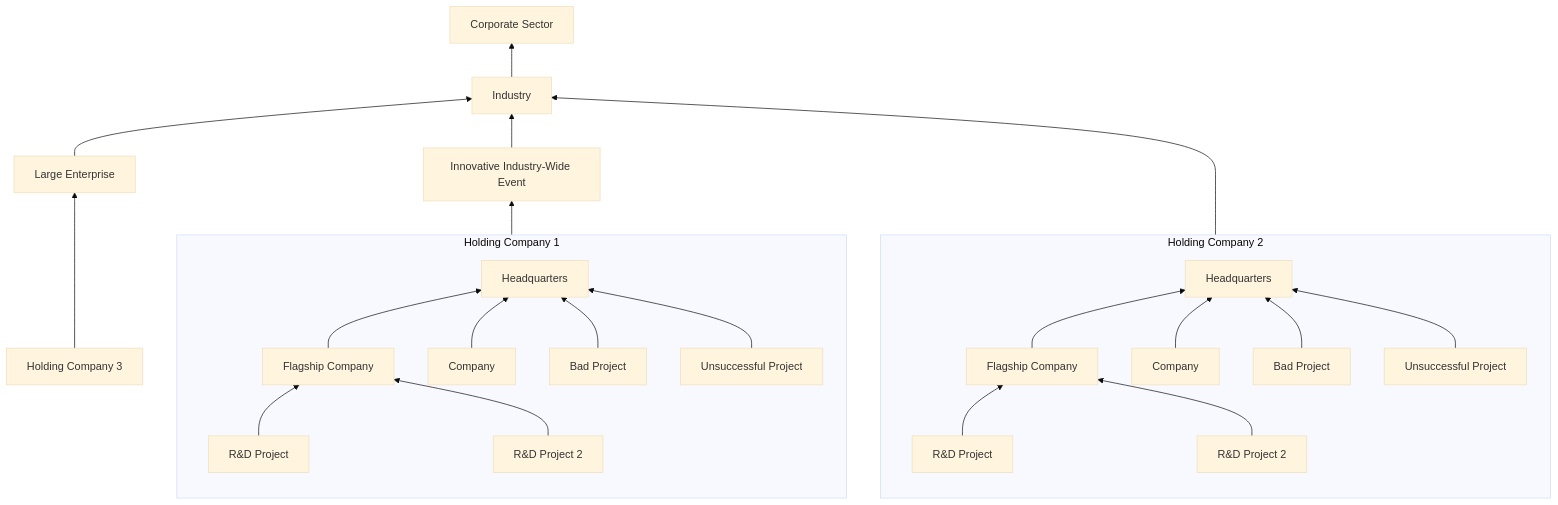
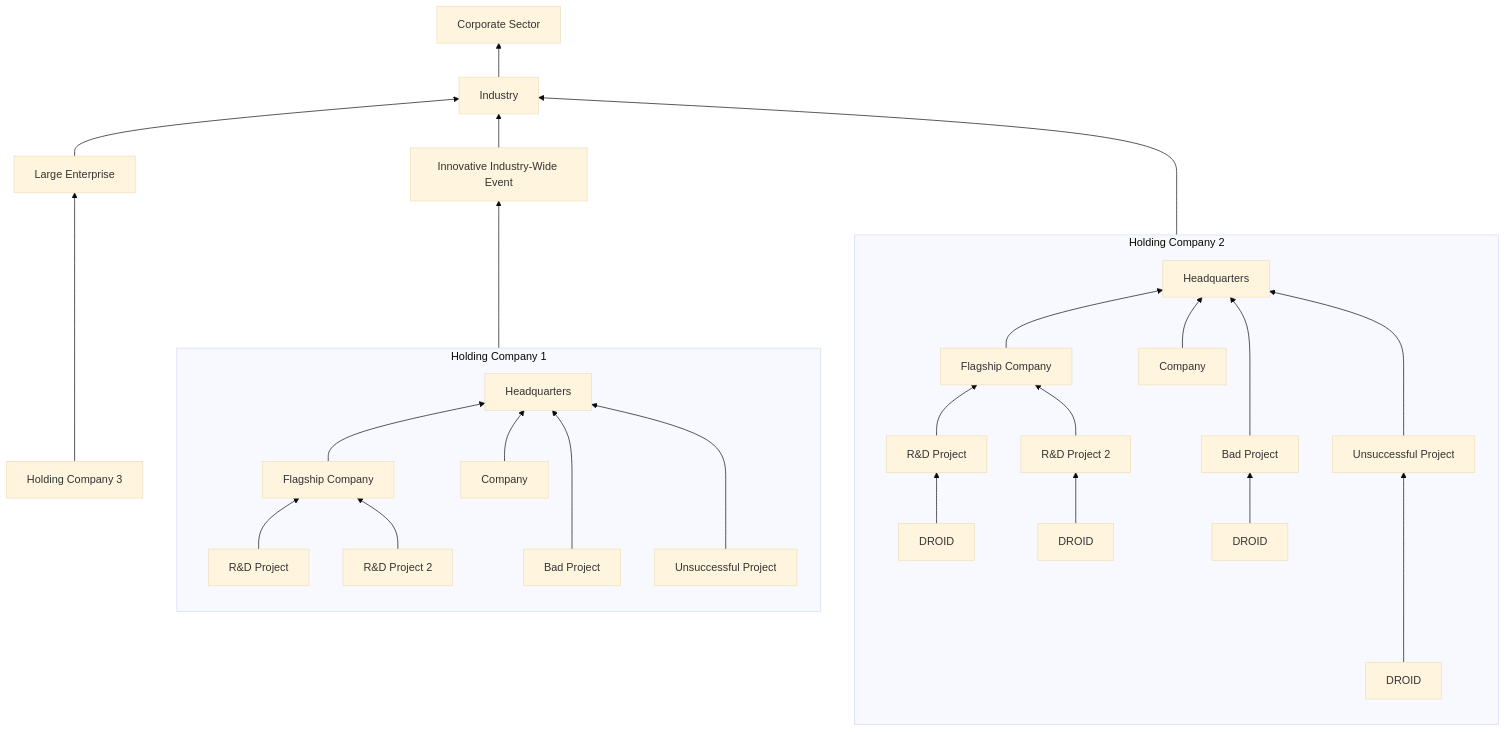
One commit to bjornmage/BUF changed the second of 2 diagrams in README.md. Above: the diagram before and after it, drawn with Mermaid (base theme). The commit also changed other lines of this file, not shown here.

````diff
--- a/README.md
+++ b/README.md
@@ -59,30 +59,34 @@
 ```mermaid 
 graph BT
 B[Industry]-->A[Corporate Sector]
 C[Large Enterprise]-->B[Holding Company]
 D[Innovative Industry-Wide Event]-->B[Industry]
 E[Holding Company 1]-->D[Innovative Industry-Wide Event]
 M[Holding Company 2]--->B[Industry]
 Z[Holding Company 3]-->C[Large Enterprise]
 
 subgraph E[Holding Company 1]
 direction BT
 G[Flagship Company]-->F[Headquarters]
 H[Company]-->F[Headquarters]
 I[R&D Project]-->G[Flagship Company]
 J[R&D Project 2]-->G[Flagship Company]
-K[Bad Project]-->F[Headquarters]
-L[Unsuccessful Project]-->F[Headquarters]
+K[Bad Project]--->F[Headquarters]
+L[Unsuccessful Project]--->F[Headquarters]
 end
 
 
 subgraph M[Holding Company 2]
 direction BT
 O[Flagship Company]-->N[Headquarters]
 P[Company]-->N[Headquarters]
 Q[R&D Project]-->O[Flagship Company]
+U[DROID]-->Q[R&D Project]
 R[R&D Project 2]-->O[Flagship Company]
-S[Bad Project]-->N[Headquarters]
-T[Unsuccessful Project]-->N[Headquarters]
+V[DROID]-->R[R&D Project 2]
+S[Bad Project]--->N[Headquarters]
+W[DROID]-->S[Bad Project]
+T[Unsuccessful Project]--->N[Headquarters]
+X[DROID]---->T[Unsuccessful Project]
 end
 ```
````
